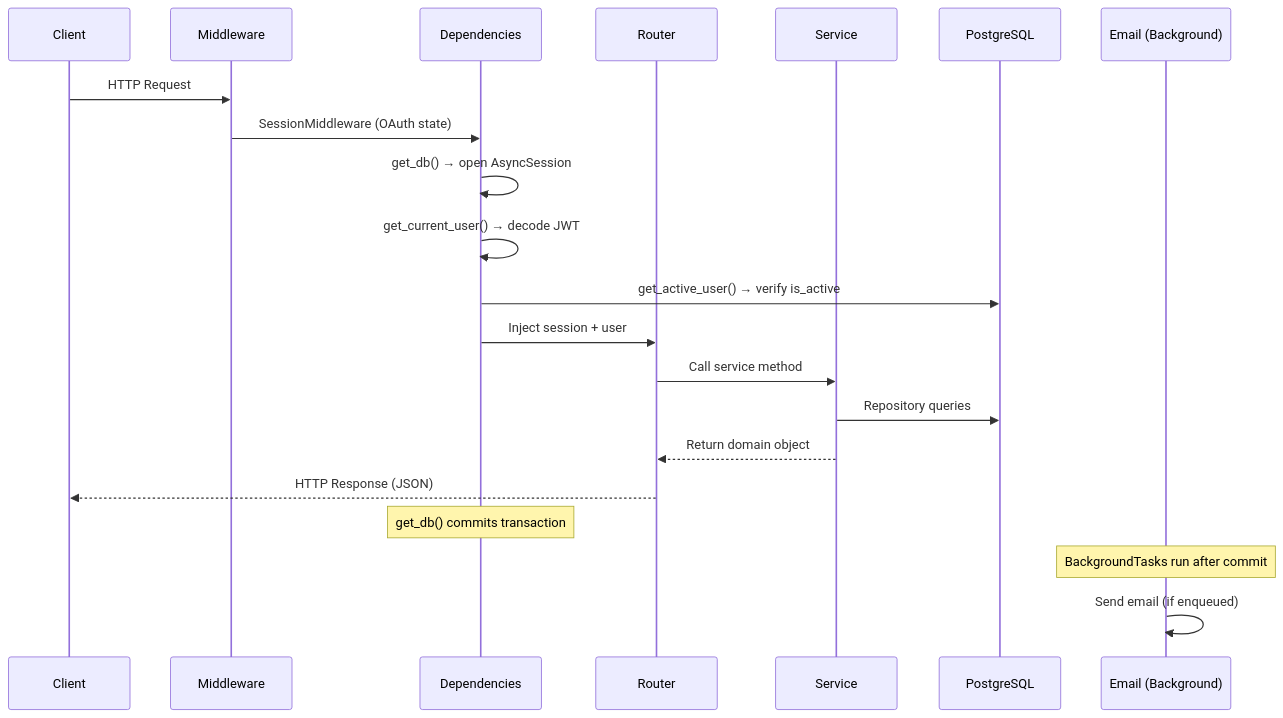
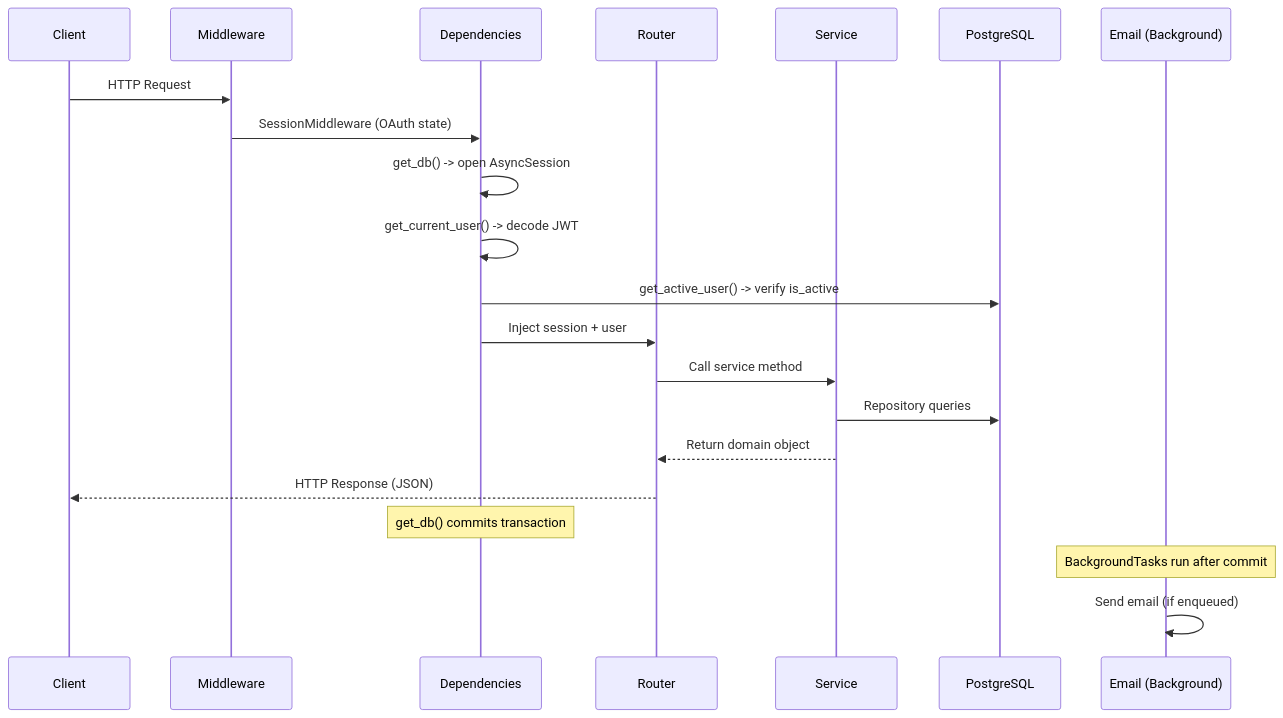
The second of 3 diagrams in README.md (Sushasan11/bookstore), drawn with Mermaid before and after one commit. The commit also changed other lines of this file, not shown here.

````diff
--- a/README.md
+++ b/README.md
@@ -127,24 +139,24 @@
 ```mermaid
 sequenceDiagram
     participant C as Client
     participant M as Middleware
     participant D as Dependencies
     participant R as Router
     participant S as Service
     participant DB as PostgreSQL
     participant E as Email (Background)
 
     C->>M: HTTP Request
     M->>D: SessionMiddleware (OAuth state)
-    D->>D: get_db() → open AsyncSession
-    D->>D: get_current_user() → decode JWT
-    D->>DB: get_active_user() → verify is_active
+    D->>D: get_db() -> open AsyncSession
+    D->>D: get_current_user() -> decode JWT
+    D->>DB: get_active_user() -> verify is_active
     D->>R: Inject session + user
     R->>S: Call service method
     S->>DB: Repository queries
     S-->>R: Return domain object
     R-->>C: HTTP Response (JSON)
     Note over D: get_db() commits transaction
     Note over E: BackgroundTasks run after commit
     E->>E: Send email (if enqueued)
 ```
````
